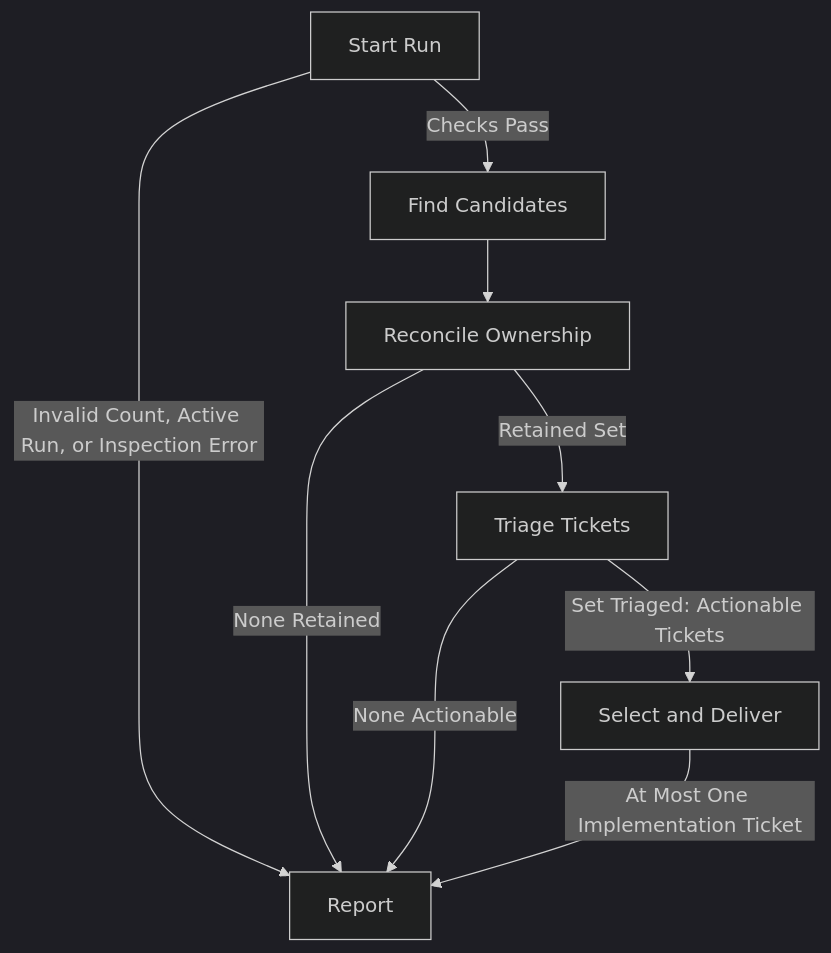
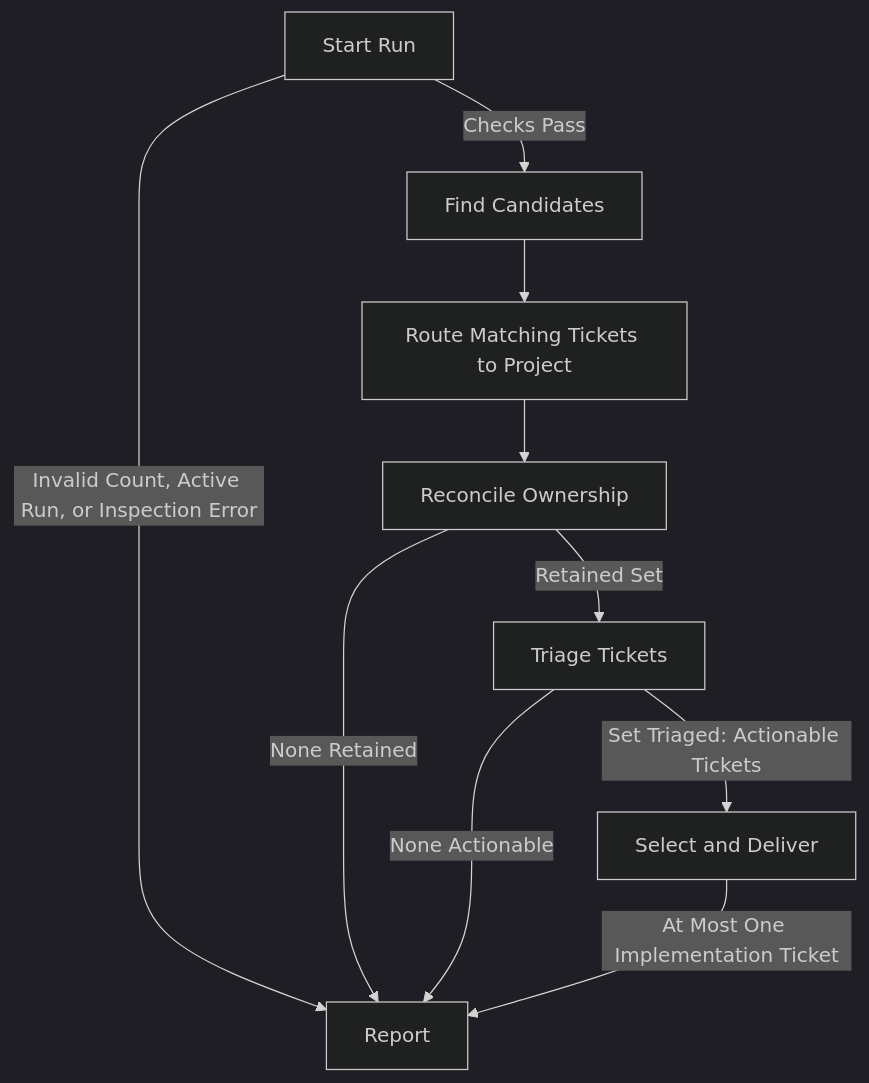
The diagram in .codex/skills/linear-ticket/SKILL.md (schmingle/config), drawn with Mermaid (dark theme) before and after one commit. The commit also changed other lines of this file, not shown here.

First line of the commit message:
Route eligible bugs before ticket activity

````diff
--- a/.codex/skills/linear-ticket/SKILL.md
+++ b/.codex/skills/linear-ticket/SKILL.md
@@ -25,11 +25,12 @@
 ```mermaid
 flowchart TD
     Start[Start Run] -->|Checks Pass| Find[Find Candidates]
     Start -->|Invalid Count, Active Run, or Inspection Error| Report[Report]
-    Find --> Filter[Reconcile Ownership]
+    Find --> Project[Route Matching Tickets to Project]
+    Project --> Filter[Reconcile Ownership]
     Filter -->|Retained Set| Triage[Triage Tickets]
     Filter -->|None Retained| Report
     Triage -->|Set Triaged: Actionable Tickets| Deliver[Select and Deliver]
     Triage -->|None Actionable| Report
     Deliver -->|At Most One Implementation Ticket| Report
 ```
````
